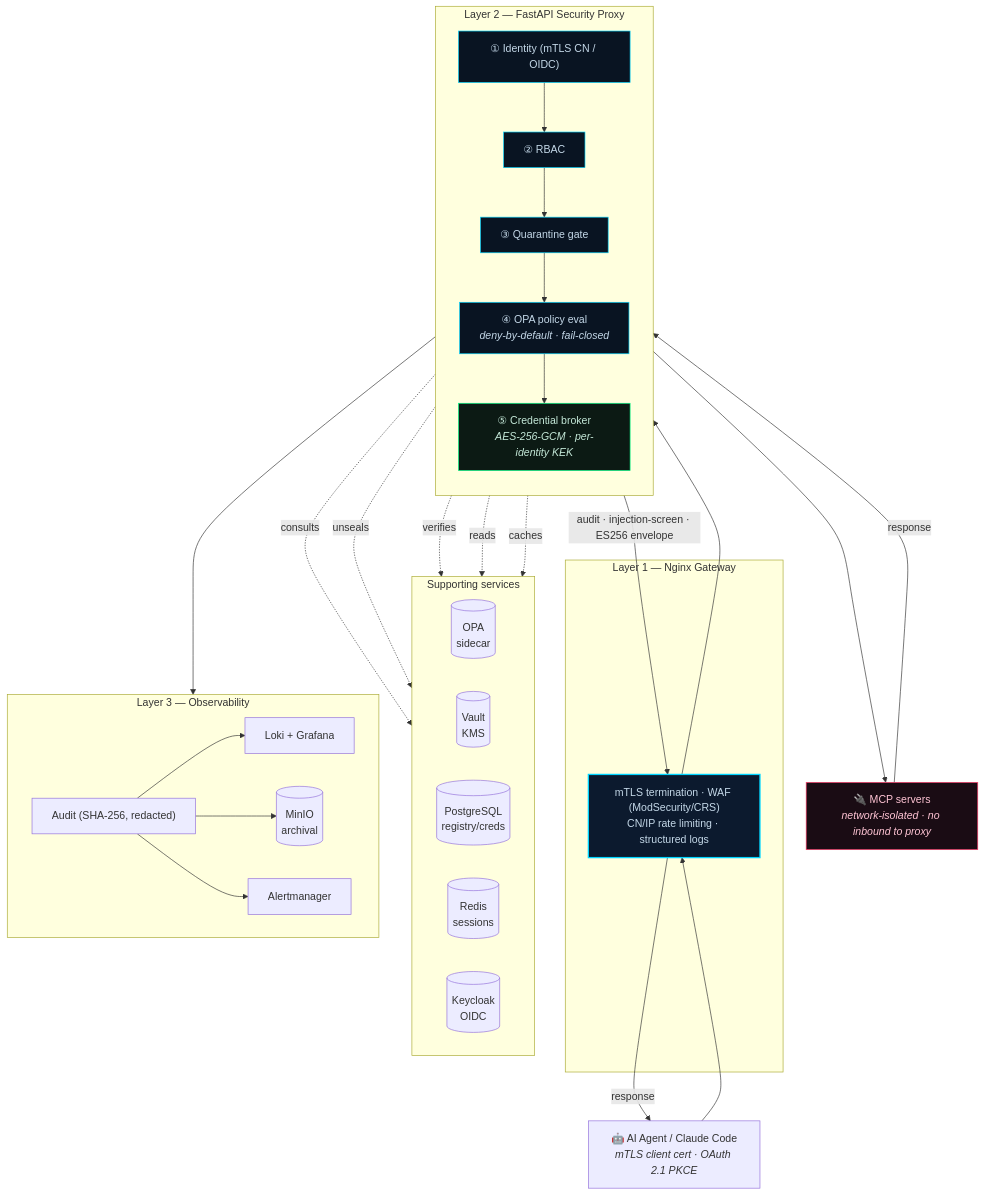
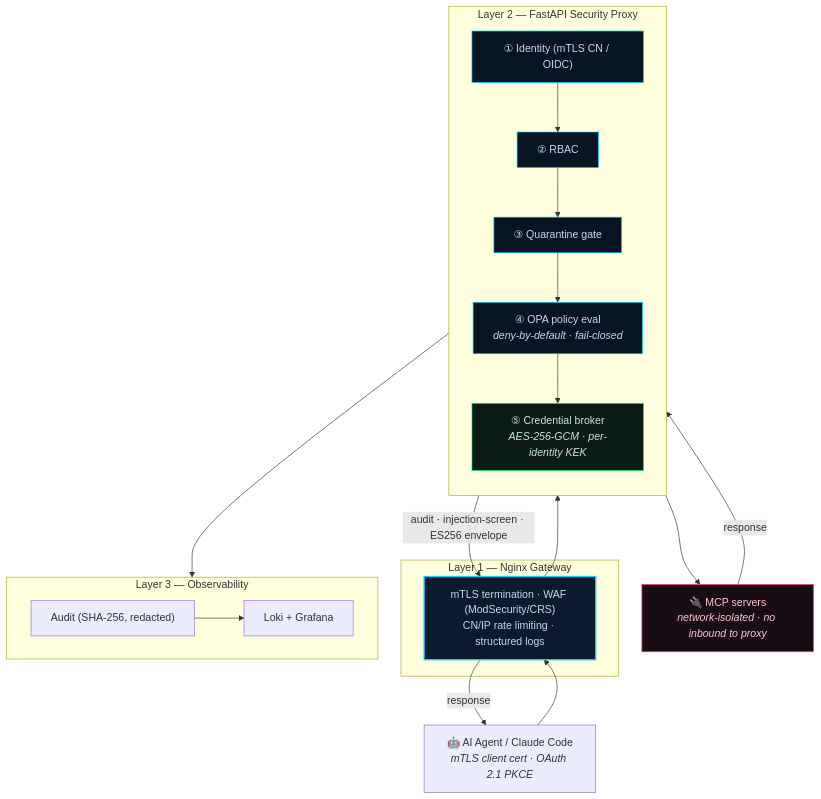
One commit to webr0ck/mcp-security-platform changed the diagram in README.md. Above: the diagram before and after it, drawn with Mermaid. The commit also changed other lines of this file and 66 other files, not shown here.

````diff
--- a/README.md
+++ b/README.md
@@ -67,55 +71,39 @@
 ```mermaid
 flowchart TB
     client["🤖 AI Agent / Claude Code<br/><i>mTLS client cert · OAuth 2.1 PKCE</i>"]
 
     subgraph L1["Layer 1 — Nginx Gateway"]
         gw["mTLS termination · WAF (ModSecurity/CRS)<br/>CN/IP rate limiting · structured logs"]
     end
 
     subgraph L2["Layer 2 — FastAPI Security Proxy"]
         direction TB
         auth["① Identity (mTLS CN / OIDC)"] --> rbac["② RBAC"]
         rbac --> quar["③ Quarantine gate"]
         quar --> opa["④ OPA policy eval<br/><i>deny-by-default · fail-closed</i>"]
         opa --> cred["⑤ Credential broker<br/><i>AES-256-GCM · per-identity KEK</i>"]
     end
 
-    subgraph DEPS["Supporting services"]
-        direction LR
-        opasvc[("OPA<br/>sidecar")]
-        vault[("Vault<br/>KMS")]
-        pg[("PostgreSQL<br/>registry/creds")]
-        redis[("Redis<br/>sessions")]
-        idp[("Keycloak<br/>OIDC")]
-    end
-
     subgraph L3["Layer 3 — Observability"]
         direction LR
         audit["Audit (SHA-256, redacted)"] --> loki["Loki + Grafana"]
-        audit --> minio[("MinIO<br/>archival")]
-        audit --> am["Alertmanager"]
     end
 
     backends["🔌 MCP servers<br/><i>network-isolated · no inbound to proxy</i>"]
 
     client --> gw --> auth
     cred --> backends
-    opa -. consults .-> opasvc
-    cred -. unseals .-> vault
-    L2 -. reads .-> pg
-    L2 -. caches .-> redis
-    auth -. verifies .-> idp
     cred --> audit
     backends -- "response" --> cred
     cred -- "audit · injection-screen · ES256 envelope" --> gw
     gw -- "response" --> client
 
     classDef gateway fill:#0c1a2e,stroke:#00d4ff,stroke-width:2px,color:#c4d8e8;
     classDef proxy fill:#091422,stroke:#00d4ff,color:#c4d8e8;
+    classDef ok fill:#0c1a14,stroke:#00ff88,color:#c4e8d8;
     classDef deny fill:#1a0c14,stroke:#ff3d6b,color:#ffc4d4;
-    classDef ok fill:#0c1a14,stroke:#00ff88,color:#c4e8d8;
     class gw gateway;
     class auth,rbac,quar,opa proxy;
     class cred ok;
     class backends deny;
 ```
````
